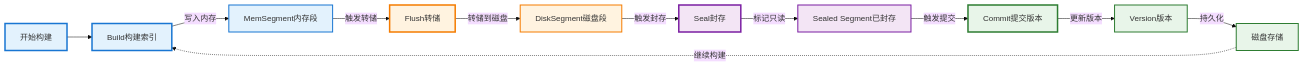
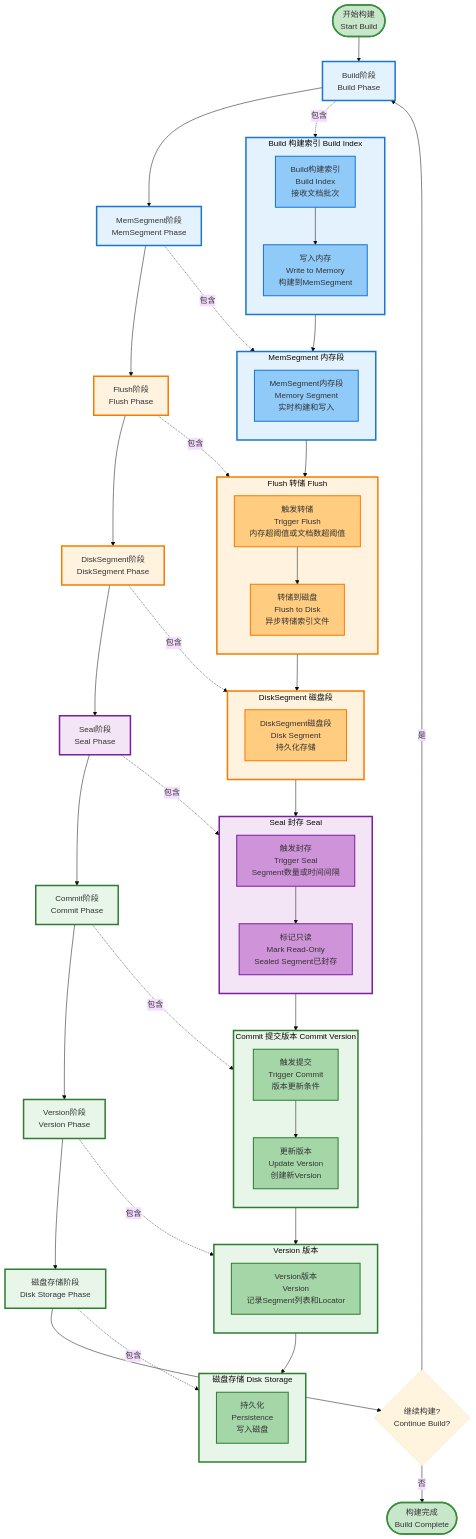
The second of 27 diagrams in _posts/2025-06-03-indexlib-3-build-flow.md (zhouzhilong-commits/zhouzhilong-commits.github.io), drawn with Mermaid (base theme) before and after one commit. The commit also changed other lines of this file and 19 other files, not shown here.

````diff
--- a/_posts/2025-06-03-indexlib-3-build-flow.md
+++ b/_posts/2025-06-03-indexlib-3-build-flow.md
@@ -131,33 +131,118 @@
 ```mermaid
-flowchart LR
-    Start[开始构建] --> Build[Build构建索引]
+flowchart TB
+    Start([开始构建<br/>Start Build]) --> BuildLayer[Build阶段<br/>Build Phase]
     
-    Build -->|写入内存| MemSegment[MemSegment内存段]
+    subgraph BuildGroup["Build 构建索引 Build Index"]
+        direction TB
+        B1[Build构建索引<br/>Build Index<br/>接收文档批次]
+        B2[写入内存<br/>Write to Memory<br/>构建到MemSegment]
+        B1 --> B2
+    end
     
-    MemSegment -->|触发转储| Flush[Flush转储]
+    BuildLayer --> MemLayer[MemSegment阶段<br/>MemSegment Phase]
     
-    Flush -->|转储到磁盘| DiskSegment[DiskSegment磁盘段]
+    subgraph MemGroup["MemSegment 内存段"]
+        direction TB
+        M1[MemSegment内存段<br/>Memory Segment<br/>实时构建和写入]
+    end
     
-    DiskSegment -->|触发封存| Seal[Seal封存]
+    MemLayer --> FlushLayer[Flush阶段<br/>Flush Phase]
     
-    Seal -->|标记只读| SealSegment[Sealed Segment已封存]
+    subgraph FlushGroup["Flush 转储 Flush"]
+        direction TB
+        F1[触发转储<br/>Trigger Flush<br/>内存超阈值或文档数超阈值]
+        F2[转储到磁盘<br/>Flush to Disk<br/>异步转储索引文件]
+        F1 --> F2
+    end
     
-    SealSegment -->|触发提交| Commit[Commit提交版本]
+    FlushLayer --> DiskLayer[DiskSegment阶段<br/>DiskSegment Phase]
     
-    Commit -->|更新版本| Version[Version版本]
+    subgraph DiskGroup["DiskSegment 磁盘段"]
+        direction TB
+        D1[DiskSegment磁盘段<br/>Disk Segment<br/>持久化存储]
+    end
     
-    Version -->|持久化| Disk[磁盘存储]
+    DiskLayer --> SealLayer[Seal阶段<br/>Seal Phase]
     
-    Disk -.->|继续构建| Build
+    subgraph SealGroup["Seal 封存 Seal"]
+        direction TB
+        S1[触发封存<br/>Trigger Seal<br/>Segment数量或时间间隔]
+        S2[标记只读<br/>Mark Read-Only<br/>Sealed Segment已封存]
+        S1 --> S2
+    end
     
-    style Start fill:#e3f2fd,stroke:#1976d2,stroke-width:3px
-    style Build fill:#e3f2fd,stroke:#1976d2,stroke-width:3px
-    style MemSegment fill:#e3f2fd,stroke:#1976d2,stroke-width:2px
-    style Flush fill:#fff3e0,stroke:#f57c00,stroke-width:3px
-    style DiskSegment fill:#fff3e0,stroke:#f57c00,stroke-width:2px
-    style Seal fill:#f3e5f5,stroke:#7b1fa2,stroke-width:3px
-    style SealSegment fill:#f3e5f5,stroke:#7b1fa2,stroke-width:2px
-    style Commit fill:#e8f5e9,stroke:#2e7d32,stroke-width:3px
-    style Version fill:#e8f5e9,stroke:#2e7d32,stroke-width:2px
-    style Disk fill:#e8f5e9,stroke:#2e7d32,stroke-width:2px
+    SealLayer --> CommitLayer[Commit阶段<br/>Commit Phase]
+    
+    subgraph CommitGroup["Commit 提交版本 Commit Version"]
+        direction TB
+        C1[触发提交<br/>Trigger Commit<br/>版本更新条件]
+        C2[更新版本<br/>Update Version<br/>创建新Version]
+        C1 --> C2
+    end
+    
+    CommitLayer --> VersionLayer[Version阶段<br/>Version Phase]
+    
+    subgraph VersionGroup["Version 版本"]
+        direction TB
+        V1[Version版本<br/>Version<br/>记录Segment列表和Locator]
+    end
+    
+    VersionLayer --> DiskLayer2[磁盘存储阶段<br/>Disk Storage Phase]
+    
+    subgraph DiskGroup2["磁盘存储 Disk Storage"]
+        direction TB
+        DS1[持久化<br/>Persistence<br/>写入磁盘]
+    end
+    
+    DiskLayer2 --> Continue{继续构建?<br/>Continue Build?}
+    Continue -->|是| BuildLayer
+    Continue -->|否| End([构建完成<br/>Build Complete])
+    
+    BuildLayer -.->|包含| BuildGroup
+    MemLayer -.->|包含| MemGroup
+    FlushLayer -.->|包含| FlushGroup
+    DiskLayer -.->|包含| DiskGroup
+    SealLayer -.->|包含| SealGroup
+    CommitLayer -.->|包含| CommitGroup
+    VersionLayer -.->|包含| VersionGroup
+    DiskLayer2 -.->|包含| DiskGroup2
+    
+    B2 --> M1
+    M1 --> F1
+    F2 --> D1
+    D1 --> S1
+    S2 --> C1
+    C2 --> V1
+    V1 --> DS1
+    
+    style Start fill:#c8e6c9,stroke:#388e3c,stroke-width:3px
+    style End fill:#c8e6c9,stroke:#388e3c,stroke-width:3px
+    style BuildLayer fill:#e3f2fd,stroke:#1976d2,stroke-width:3px
+    style MemLayer fill:#e3f2fd,stroke:#1976d2,stroke-width:3px
+    style FlushLayer fill:#fff3e0,stroke:#f57c00,stroke-width:3px
+    style DiskLayer fill:#fff3e0,stroke:#f57c00,stroke-width:3px
+    style SealLayer fill:#f3e5f5,stroke:#7b1fa2,stroke-width:3px
+    style CommitLayer fill:#e8f5e9,stroke:#2e7d32,stroke-width:3px
+    style VersionLayer fill:#e8f5e9,stroke:#2e7d32,stroke-width:3px
+    style DiskLayer2 fill:#e8f5e9,stroke:#2e7d32,stroke-width:3px
+    style BuildGroup fill:#e3f2fd,stroke:#1976d2,stroke-width:3px
+    style B1 fill:#90caf9,stroke:#1976d2,stroke-width:2px
+    style B2 fill:#90caf9,stroke:#1976d2,stroke-width:2px
+    style MemGroup fill:#e3f2fd,stroke:#1976d2,stroke-width:3px
+    style M1 fill:#90caf9,stroke:#1976d2,stroke-width:2px
+    style FlushGroup fill:#fff3e0,stroke:#f57c00,stroke-width:3px
+    style F1 fill:#ffcc80,stroke:#f57c00,stroke-width:2px
+    style F2 fill:#ffcc80,stroke:#f57c00,stroke-width:2px
+    style DiskGroup fill:#fff3e0,stroke:#f57c00,stroke-width:3px
+    style D1 fill:#ffcc80,stroke:#f57c00,stroke-width:2px
+    style SealGroup fill:#f3e5f5,stroke:#7b1fa2,stroke-width:3px
+    style S1 fill:#ce93d8,stroke:#7b1fa2,stroke-width:2px
+    style S2 fill:#ce93d8,stroke:#7b1fa2,stroke-width:2px
+    style CommitGroup fill:#e8f5e9,stroke:#2e7d32,stroke-width:3px
+    style C1 fill:#a5d6a7,stroke:#2e7d32,stroke-width:2px
+    style C2 fill:#a5d6a7,stroke:#2e7d32,stroke-width:2px
+    style VersionGroup fill:#e8f5e9,stroke:#2e7d32,stroke-width:3px
+    style V1 fill:#a5d6a7,stroke:#2e7d32,stroke-width:2px
+    style DiskGroup2 fill:#e8f5e9,stroke:#2e7d32,stroke-width:3px
+    style DS1 fill:#a5d6a7,stroke:#2e7d32,stroke-width:2px
 ```
````
